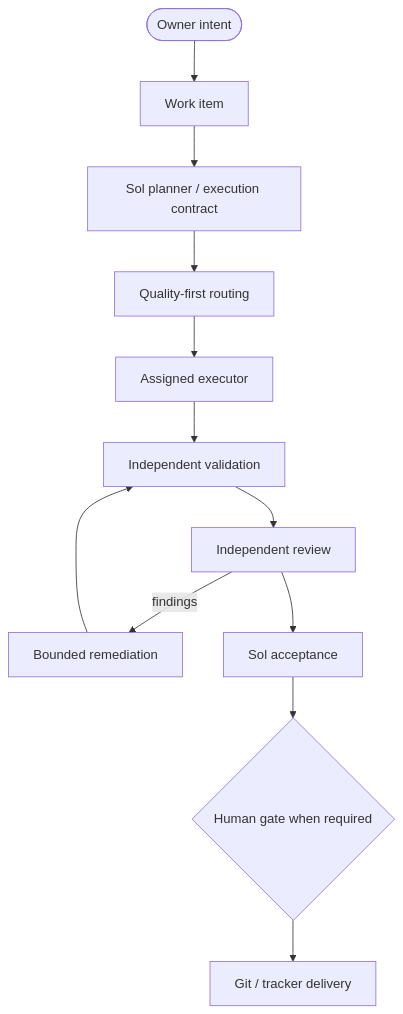
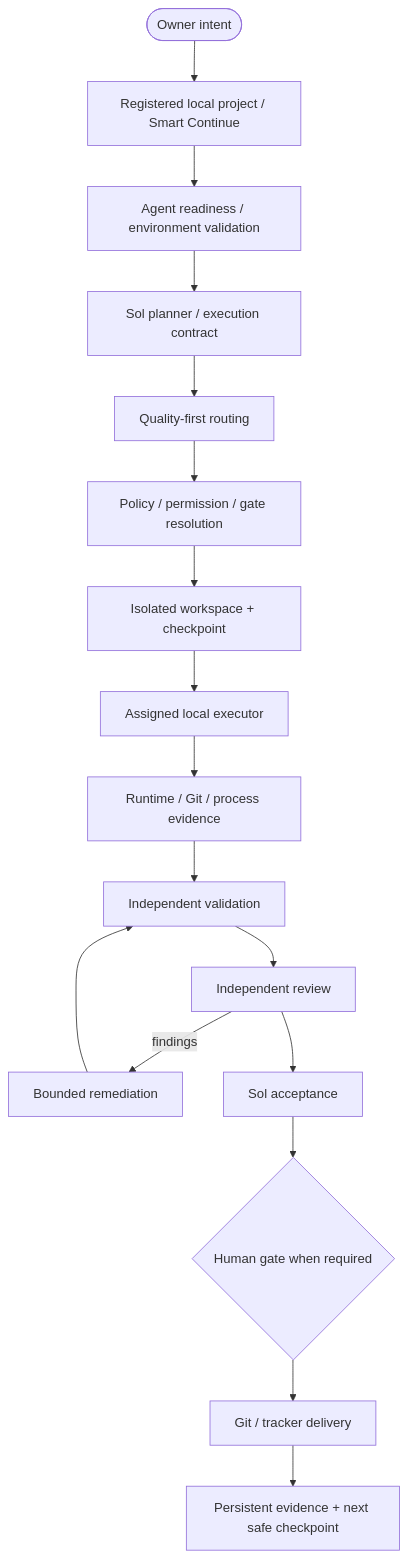
The first of 2 diagrams in README.md (Hossam1104/AI_Orchestrator), drawn with Mermaid before and after one commit. The commit also changed other lines of this file, not shown here.

Commit message:
docs: refresh README for extended orchestration roadmap

````diff
--- a/README.md
+++ b/README.md
@@ -78,14 +87,19 @@
 ```mermaid
 flowchart TD
-    Owner([Owner intent]) --> Work[Work item]
-    Work --> Planner[Sol planner / execution contract]
+    Owner([Owner intent]) --> Project[Registered local project / Smart Continue]
+    Project --> Readiness[Agent readiness / environment validation]
+    Readiness --> Planner[Sol planner / execution contract]
     Planner --> Router[Quality-first routing]
-    Router --> Executor[Assigned executor]
-    Executor --> Validation[Independent validation]
+    Router --> Permission[Policy / permission / gate resolution]
+    Permission --> Workspace[Isolated workspace + checkpoint]
+    Workspace --> Executor[Assigned local executor]
+    Executor --> Evidence[Runtime / Git / process evidence]
+    Evidence --> Validation[Independent validation]
     Validation --> Review[Independent review]
     Review -->|findings| Remediation[Bounded remediation]
     Remediation --> Validation
     Review --> Acceptance[Sol acceptance]
     Acceptance --> Gate{Human gate when required}
     Gate --> Delivery[Git / tracker delivery]
+    Delivery --> History[Persistent evidence + next safe checkpoint]
 ```
````
